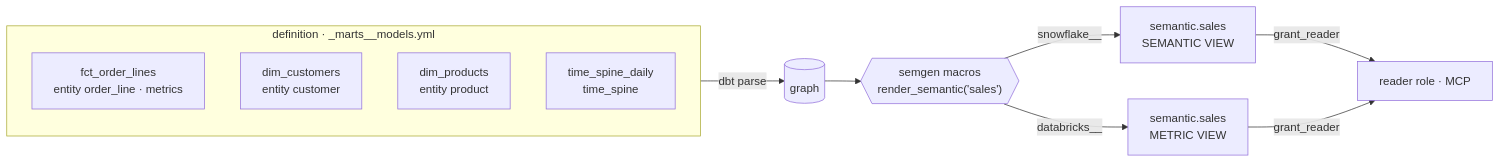
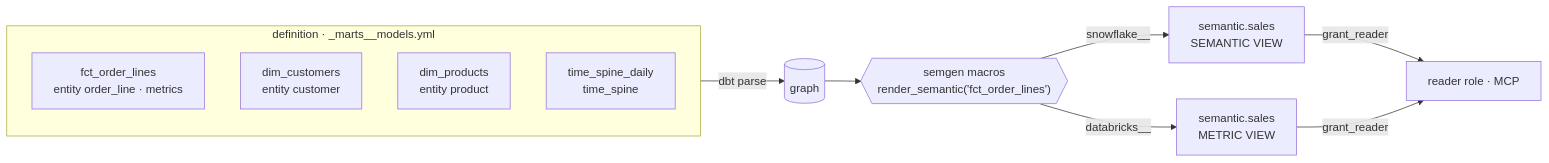
The fourth of 4 diagrams in docs/design/03-semantic-layer.md (John-Miller12/portfolio-dual-target-dbt), drawn with Mermaid before and after one commit. The commit also changed other lines of this file and 2 other files, not shown here.

First line of the commit message:
Semantic model takes its model's name; sales is only the built model

````diff
--- a/docs/design/03-semantic-layer.md
+++ b/docs/design/03-semantic-layer.md
@@ -130,14 +130,14 @@
 ```mermaid
 flowchart LR
   subgraph def["definition · _marts__models.yml"]
     f["fct_order_lines<br/>entity order_line · metrics"]
     c["dim_customers<br/>entity customer"]
     pr["dim_products<br/>entity product"]
     ts["time_spine_daily<br/>time_spine"]
   end
   def -->|dbt parse| g[("graph")]
-  g --> rs{{"semgen macros<br/>render_semantic('sales')"}}
+  g --> rs{{"semgen macros<br/>render_semantic('fct_order_lines')"}}
   rs -->|snowflake__| sv["semantic.sales<br/>SEMANTIC VIEW"]
   rs -->|databricks__| mv["semantic.sales<br/>METRIC VIEW"]
   sv & mv -->|grant_reader| rd["reader role · MCP"]
 ```
````
